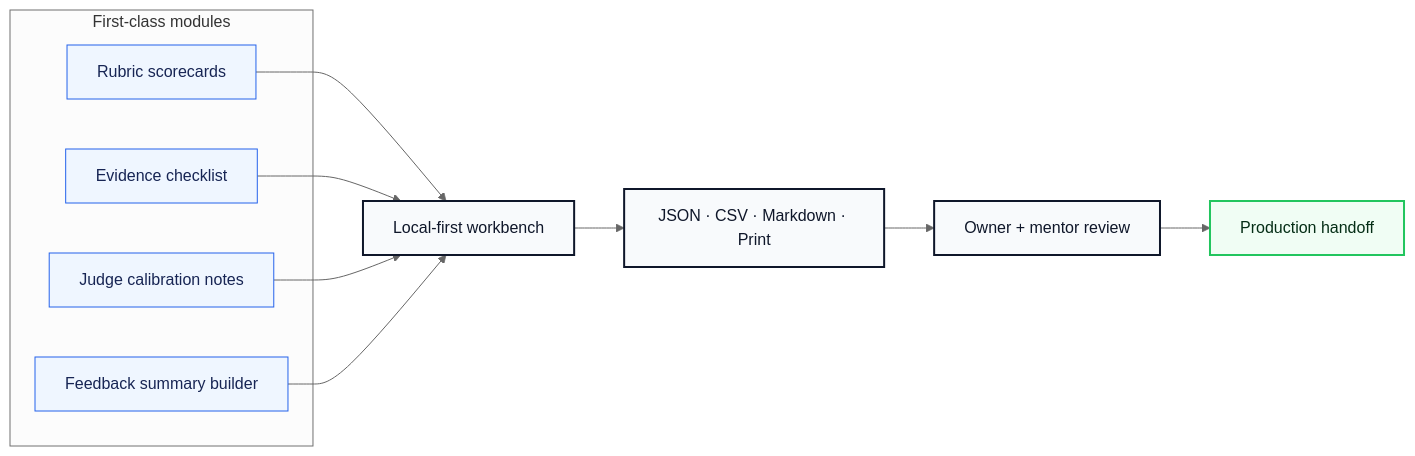
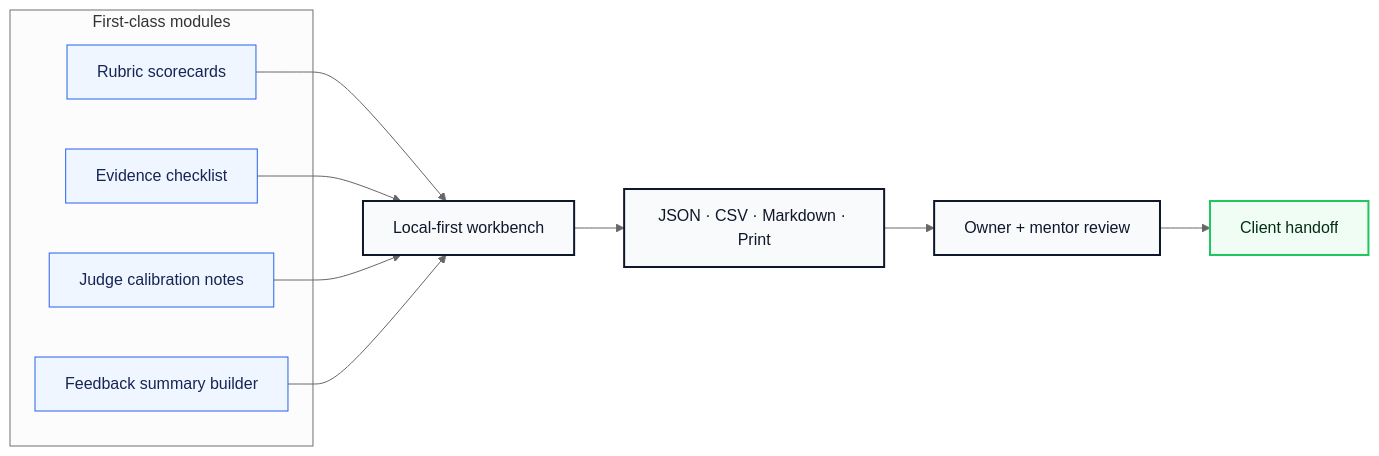
One commit to volta-npo/competition-deck-grader changed the second of 3 diagrams in README.md. Above: the diagram before and after it, drawn with Mermaid (neutral theme). The commit also changed other lines of this file and 28 other files, not shown here.

````diff
--- a/README.md
+++ b/README.md
@@ -64,23 +64,23 @@
 ```mermaid
 flowchart LR
     subgraph Modules["First-class modules"]
         M1["Rubric scorecards"]
         M2["Evidence checklist"]
         M3["Judge calibration notes"]
         M4["Feedback summary builder"]
     end
     M1 --> Workbench
     M2 --> Workbench
     M3 --> Workbench
     M4 --> Workbench
     Workbench["Local-first workbench"] --> Exports["JSON · CSV · Markdown · Print"]
     Exports --> Review["Owner + mentor review"]
-    Review --> Launch["Production handoff"]
+    Review --> Launch["Client handoff"]
 
     classDef module fill:#eff6ff,stroke:#2563eb,color:#172554;
     classDef app fill:#f8fafc,stroke:#0f172a,color:#0f172a,stroke-width:2px;
     classDef launch fill:#f0fdf4,stroke:#22c55e,color:#052e16,stroke-width:2px;
     class M1,M2,M3,M4 module;
     class Workbench,Exports,Review app;
     class Launch launch;
 ```
````
